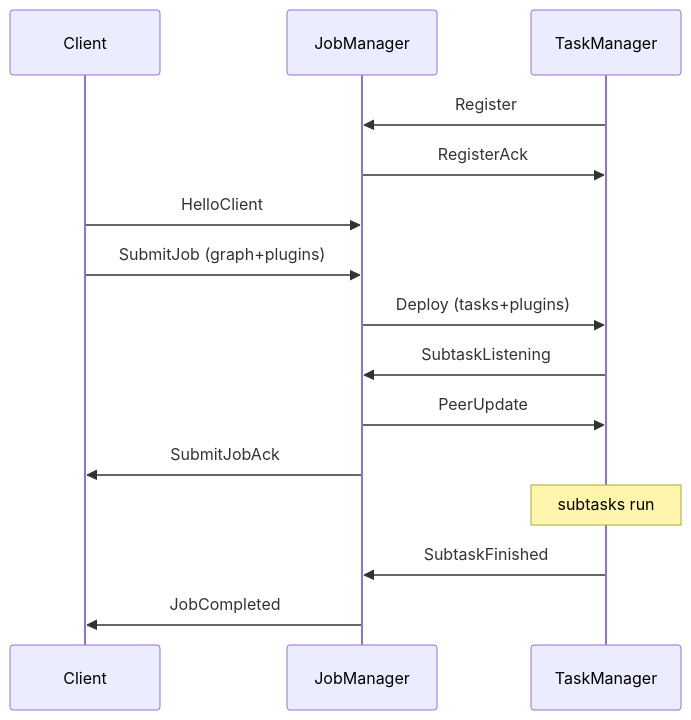
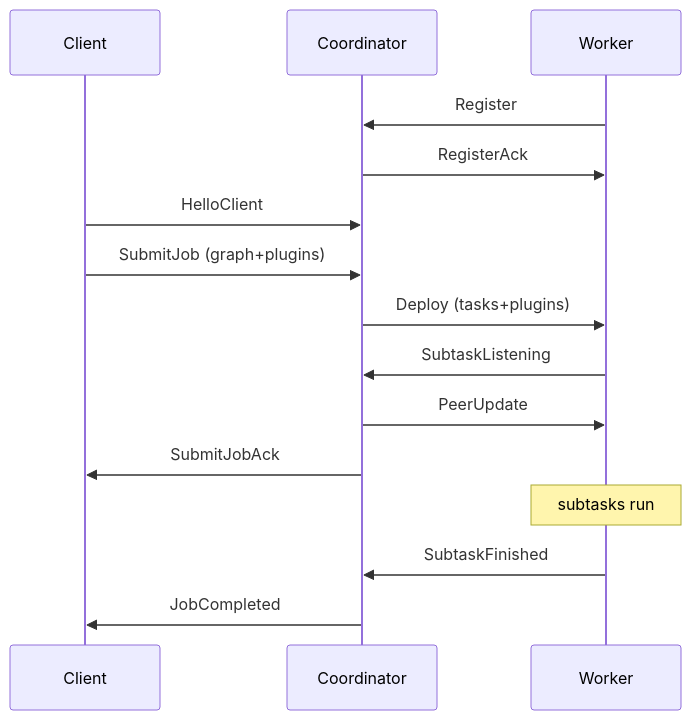
The diagram in docs/internals/distributed-runtime.md (orhaugh/clink), drawn with Mermaid before and after one commit. The commit also changed other lines of this file and 310 other files, not shown here.

First line of the commit message:
refactor: settle public naming - Coordinator/Worker roles, Pipeline API entry

````diff
--- a/docs/internals/distributed-runtime.md
+++ b/docs/internals/distributed-runtime.md
@@ -39,17 +39,17 @@
 ```mermaid
 sequenceDiagram
   participant C as Client
-  participant JM as JobManager
-  participant TM as TaskManager
-  TM->>JM: Register
-  JM->>TM: RegisterAck
-  C->>JM: HelloClient
-  C->>JM: SubmitJob (graph+plugins)
-  JM->>TM: Deploy (tasks+plugins)
-  TM->>JM: SubtaskListening
-  JM->>TM: PeerUpdate
-  JM->>C: SubmitJobAck
-  Note over TM: subtasks run
-  TM->>JM: SubtaskFinished
-  JM->>C: JobCompleted
+  participant coordinator as Coordinator
+  participant worker as Worker
+  worker->>coordinator: Register
+  coordinator->>worker: RegisterAck
+  C->>coordinator: HelloClient
+  C->>coordinator: SubmitJob (graph+plugins)
+  coordinator->>worker: Deploy (tasks+plugins)
+  worker->>coordinator: SubtaskListening
+  coordinator->>worker: PeerUpdate
+  coordinator->>C: SubmitJobAck
+  Note over worker: subtasks run
+  worker->>coordinator: SubtaskFinished
+  coordinator->>C: JobCompleted
 ```
````
